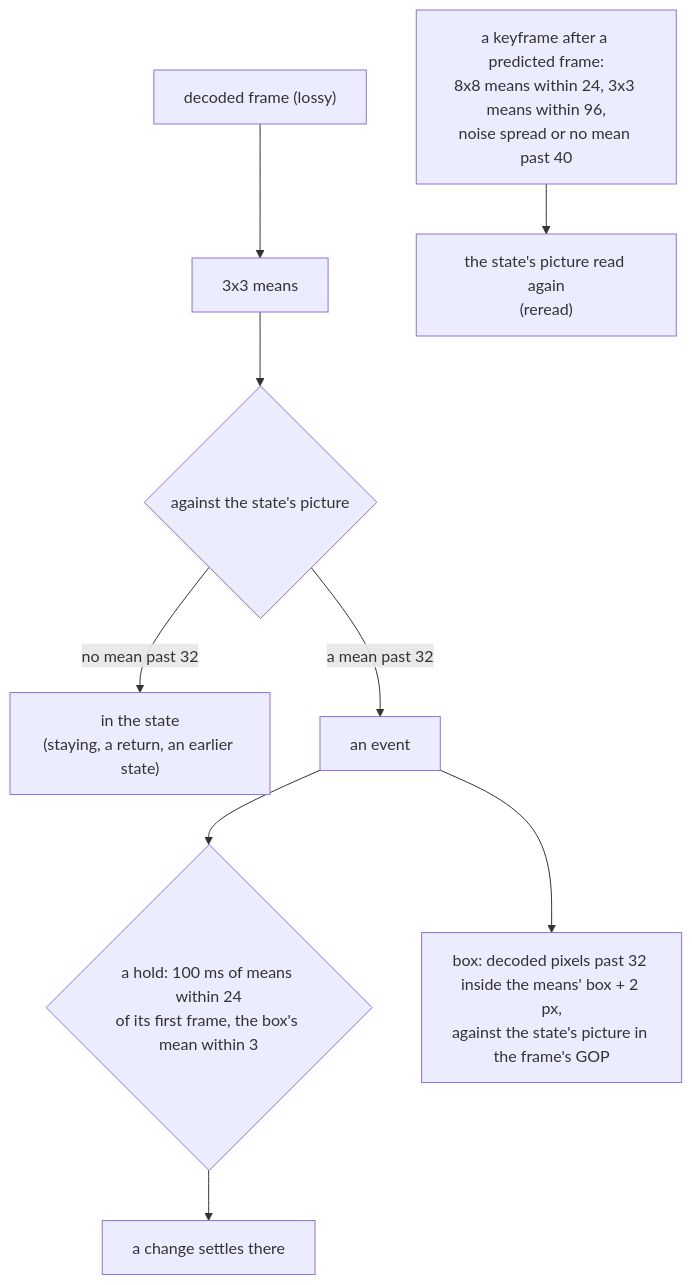
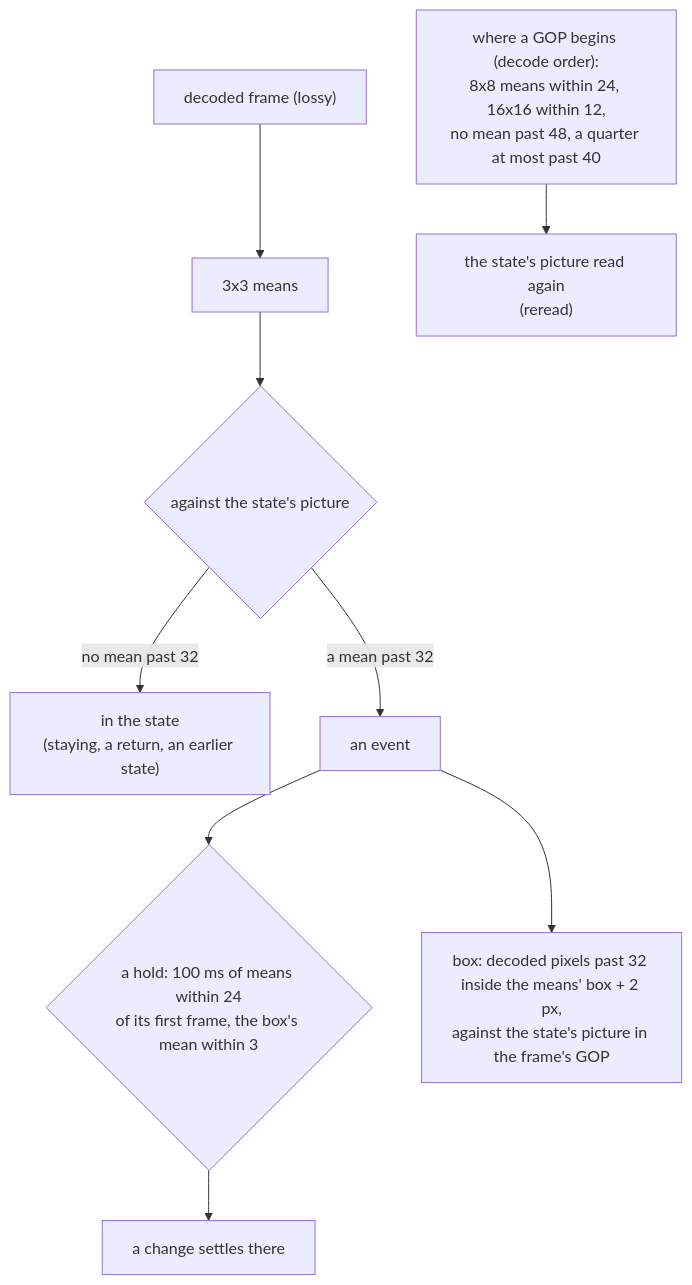
The diagram in docs/reports/2026-10-16-storyboard-noise-floor-v1.md (mizchi/vlmkit), drawn with Mermaid before and after one commit. The commit also changed other lines of this file and 1 other file, not shown here.

````diff
--- a/docs/reports/2026-10-16-storyboard-noise-floor-v1.md
+++ b/docs/reports/2026-10-16-storyboard-noise-floor-v1.md
@@ -21,11 +22,11 @@
 ```mermaid
 flowchart TD
   F["decoded frame (lossy)"] --> M["3x3 means"]
   M --> A{"against the state's picture"}
   A -->|"no mean past 32"| IN["in the state<br/>(staying, a return, an earlier state)"]
   A -->|"a mean past 32"| EV["an event"]
   EV --> H{"a hold: 100 ms of means within 24<br/>of its first frame, the box's mean within 3"}
   H --> C["a change settles there"]
-  K["a keyframe after a predicted frame:<br/>8x8 means within 24, 3x3 means within 96,<br/>noise spread or no mean past 40"] --> R["the state's picture read again<br/>(reread)"]
+  K["where a GOP begins (decode order):<br/>8x8 means within 24, 16x16 within 12,<br/>no mean past 48, a quarter at most past 40"] --> R["the state's picture read again<br/>(reread)"]
   EV --> B["box: decoded pixels past 32 inside the means' box + 2 px,<br/>against the state's picture in the frame's GOP"]
 ```
````
